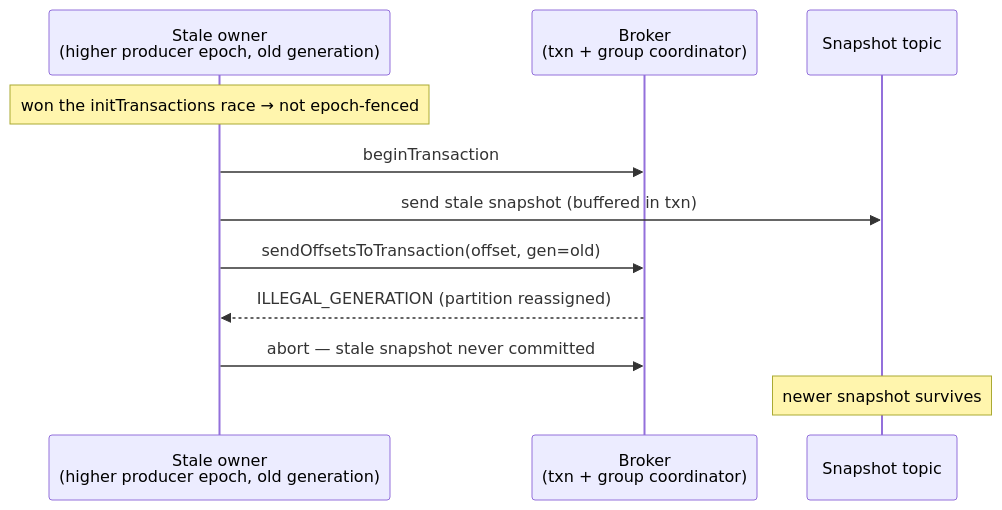
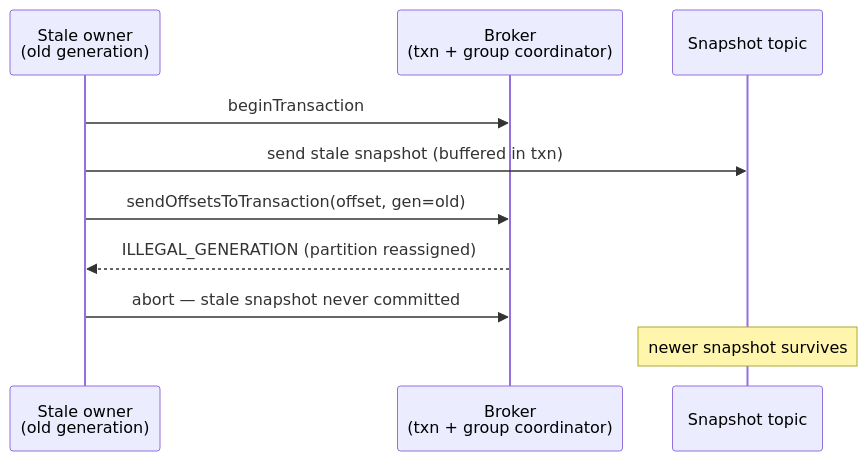
One commit to evolution-gaming/kafka-flow changed the second of 3 diagrams in docs/kafka-single-writer-design.md. Above: the diagram before and after it, drawn with Mermaid. The commit also changed other lines of this file and 3 other files, not shown here.

First line of the commit message:
Reframe docs/wording: generation fencing is the mechanism, epoch fencing incidental

````diff
--- a/docs/kafka-single-writer-design.md
+++ b/docs/kafka-single-writer-design.md
@@ -116,14 +78,13 @@
 ```mermaid
 sequenceDiagram
-    participant B as Stale owner<br/>(higher producer epoch, old generation)
+    participant B as Stale owner<br/>(old generation)
     participant TC as Broker<br/>(txn + group coordinator)
     participant ST as Snapshot topic
 
-    Note over B: won the initTransactions race → not epoch-fenced
     B->>TC: beginTransaction
     B->>ST: send stale snapshot (buffered in txn)
     B->>TC: sendOffsetsToTransaction(offset, gen=old)
     TC-->>B: ILLEGAL_GENERATION (partition reassigned)
     B->>TC: abort — stale snapshot never committed
     Note over ST: newer snapshot survives
 ```
````
